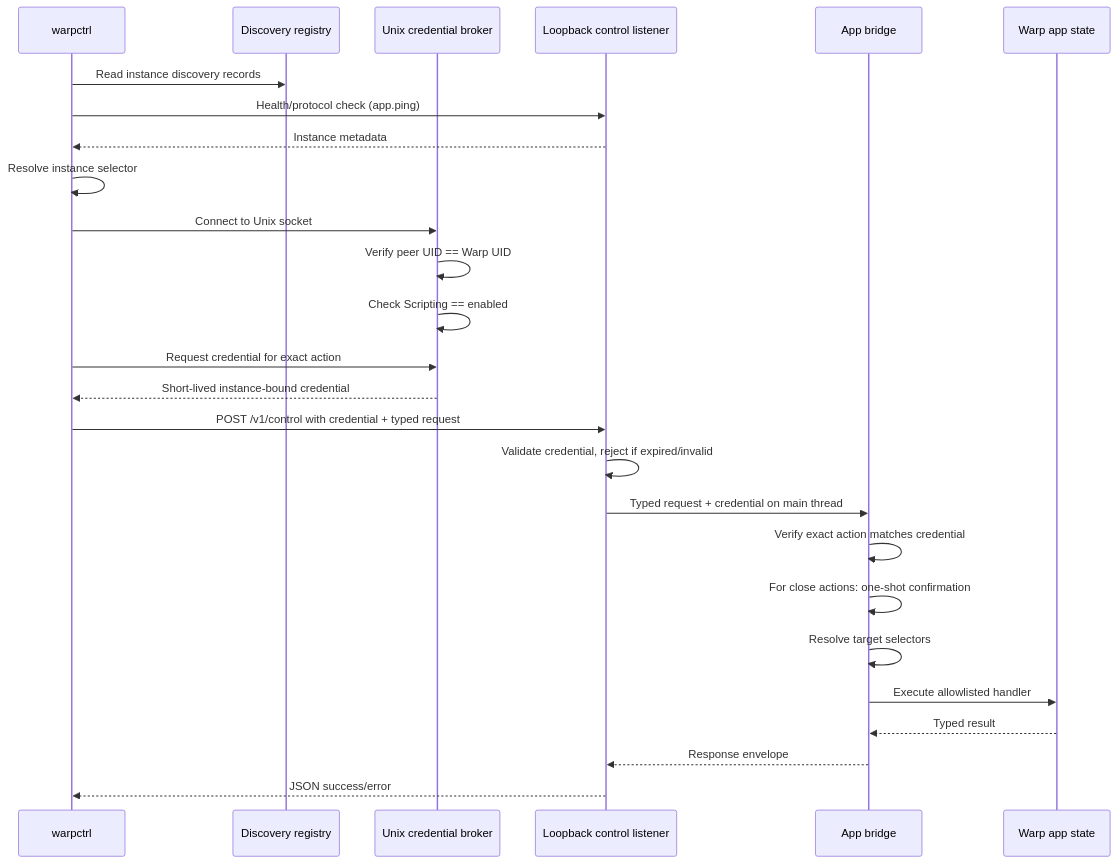
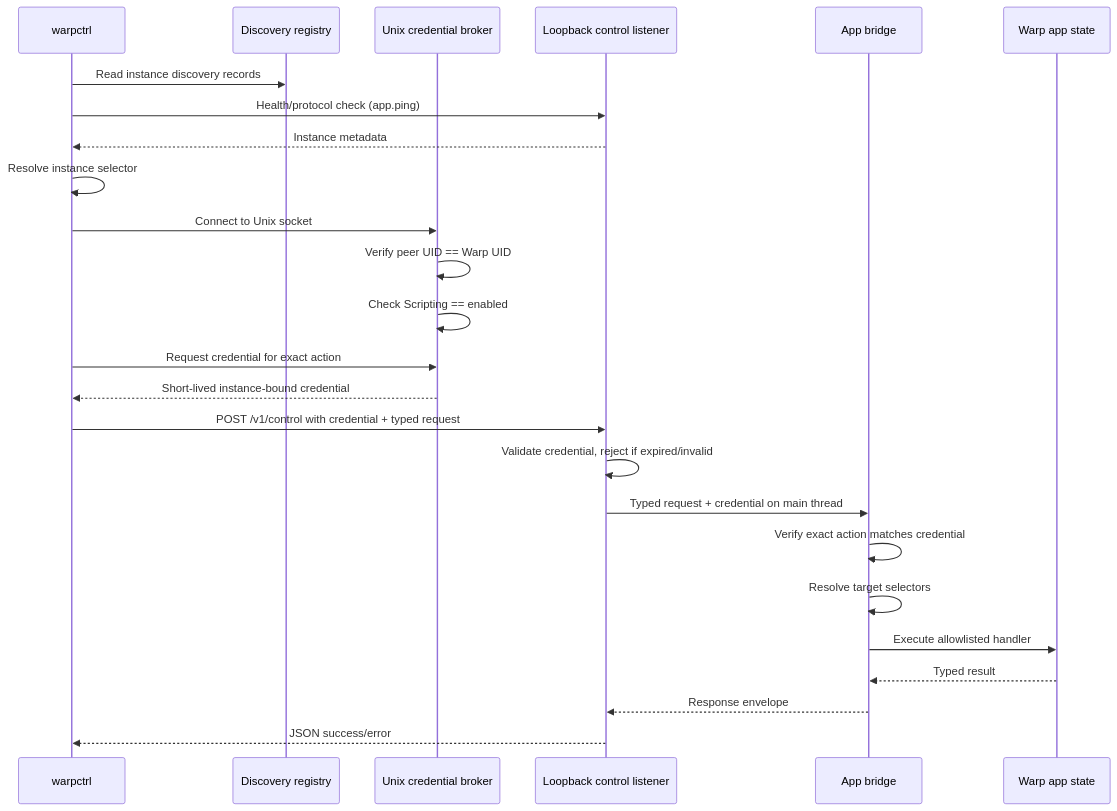
The diagram in specs/warp-control-cli/TECH.md (rohankumardubey/warp), drawn with Mermaid before and after one commit. The commit also changed other lines of this file and 13 other files, not shown here.

````diff
--- a/specs/warp-control-cli/TECH.md
+++ b/specs/warp-control-cli/TECH.md
@@ -208,29 +198,28 @@
 ```mermaid
 sequenceDiagram
     participant CLI as warpctrl
     participant REG as Discovery registry
     participant BROKER as Unix credential broker
     participant HTTP as Loopback control listener
     participant BRIDGE as App bridge
     participant UI as Warp app state
 
     CLI->>REG: Read instance discovery records
     CLI->>HTTP: Health/protocol check (app.ping)
     HTTP-->>CLI: Instance metadata
     CLI->>CLI: Resolve instance selector
     CLI->>BROKER: Connect to Unix socket
     BROKER->>BROKER: Verify peer UID == Warp UID
     BROKER->>BROKER: Check Scripting == enabled
     CLI->>BROKER: Request credential for exact action
     BROKER-->>CLI: Short-lived instance-bound credential
     CLI->>HTTP: POST /v1/control with credential + typed request
     HTTP->>HTTP: Validate credential, reject if expired/invalid
     HTTP->>BRIDGE: Typed request + credential on main thread
     BRIDGE->>BRIDGE: Verify exact action matches credential
-    BRIDGE->>BRIDGE: For close actions: one-shot confirmation
     BRIDGE->>BRIDGE: Resolve target selectors
     BRIDGE->>UI: Execute allowlisted handler
     UI-->>BRIDGE: Typed result
     BRIDGE-->>HTTP: Response envelope
     HTTP-->>CLI: JSON success/error
 ```
````
